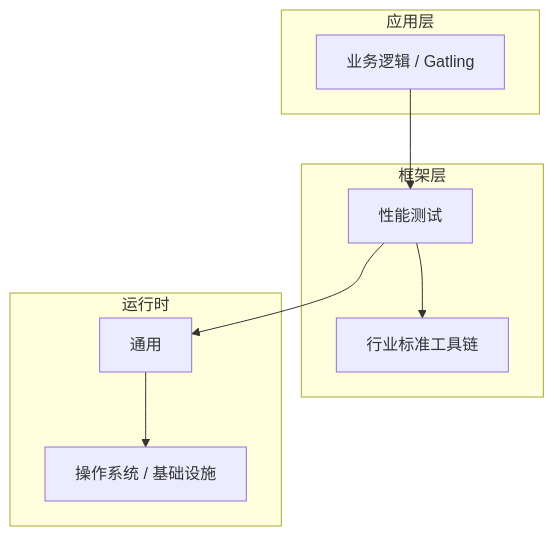
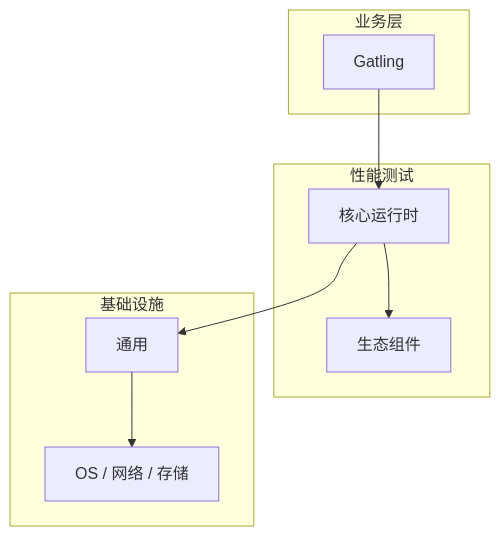
The diagram in articles/性能测试/chapters/043-Gatling核心概念与原理.md (yanggan2015/knowledge-json-v2), drawn with Mermaid before and after one commit. The commit also changed other lines of this file and 10127 other files, not shown here.

````diff
--- a/articles/性能测试/chapters/043-Gatling核心概念与原理.md
+++ b/articles/性能测试/chapters/043-Gatling核心概念与原理.md
@@ -45,18 +34,18 @@
 ```mermaid
 graph TB
-    subgraph 应用层
-        A[业务逻辑 / Gatling]
+    subgraph 业务层
+        A[Gatling]
     end
-    subgraph 框架层
-        B[性能测试]
-        C[行业标准工具链]
+    subgraph 性能测试
+        B[核心运行时]
+        C[生态组件]
     end
-    subgraph 运行时
+    subgraph 基础设施
         D[通用]
-        E[操作系统 / 基础设施]
+        E[OS / 网络 / 存储]
     end
     A --> B
     B --> C
     B --> D
     D --> E
 ```
````
